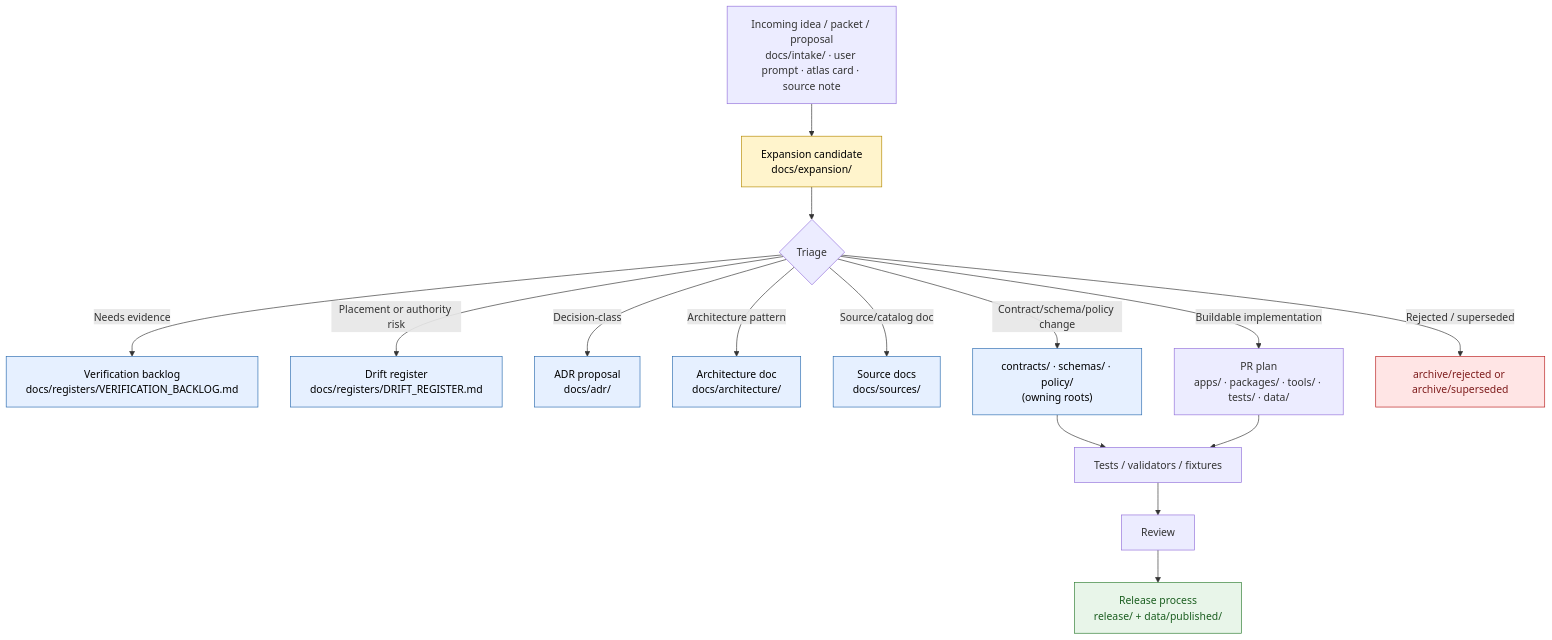
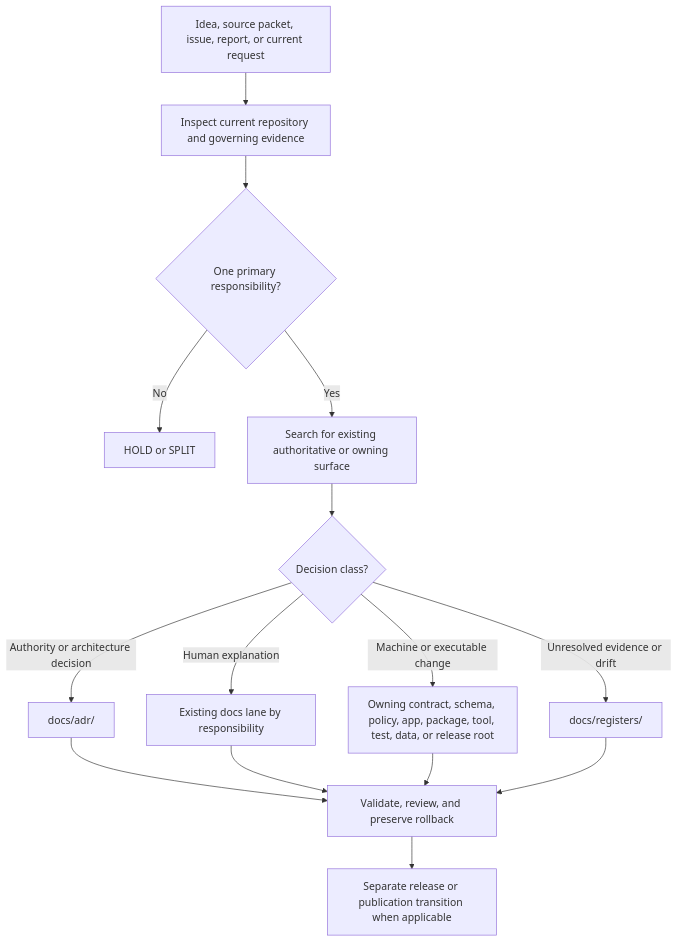
One commit to bartytime4life/Kansas-Frontier-Matrix changed the diagram in docs/expansion/README.md. Above: the diagram before and after it, drawn with Mermaid. The commit also changed other lines of this file, not shown here.

Commit message:
docs(expansion): reconcile README with current routing evidence

````diff
--- a/docs/expansion/README.md
+++ b/docs/expansion/README.md
@@ -231,29 +303,17 @@
 ```mermaid
 flowchart TD
-    A["Incoming idea / packet / proposal<br/>docs/intake/ · user prompt · atlas card · source note"] --> B["Expansion candidate<br/>docs/expansion/"]
-    B --> C{"Triage"}
-
-    C -->|"Needs evidence"| V["Verification backlog<br/>docs/registers/VERIFICATION_BACKLOG.md"]
-    C -->|"Placement or authority risk"| D["Drift register<br/>docs/registers/DRIFT_REGISTER.md"]
-    C -->|"Decision-class"| ADR["ADR proposal<br/>docs/adr/"]
-    C -->|"Architecture pattern"| ARCH["Architecture doc<br/>docs/architecture/"]
-    C -->|"Source/catalog doc"| SRC["Source docs<br/>docs/sources/"]
-    C -->|"Contract/schema/policy change"| GOV["contracts/ · schemas/ · policy/<br/>(owning roots)"]
-    C -->|"Buildable implementation"| PR["PR plan<br/>apps/ · packages/ · tools/ · tests/ · data/"]
-    C -->|"Rejected / superseded"| X["archive/rejected or archive/superseded"]
-
-    GOV --> T["Tests / validators / fixtures"]
-    PR --> T
-    T --> R["Review"]
-    R --> REL["Release process<br/>release/ + data/published/"]
-
-    classDef proposal fill:#fff4cc,stroke:#b58a00,color:#000
-    classDef authority fill:#e6f0ff,stroke:#2b6cb0,color:#000
-    classDef stop fill:#ffe5e5,stroke:#b91c1c,color:#7f1d1d
-    classDef release fill:#e8f5e9,stroke:#2e7d32,color:#1b5e20
-
-    class B proposal
-    class ADR,ARCH,SRC,GOV,V,D authority
-    class X stop
-    class REL release
+    A["Idea, source packet, issue, report, or current request"] --> B["Inspect current repository and governing evidence"]
+    B --> C{"One primary responsibility?"}
+    C -->|"No"| H["HOLD or SPLIT"]
+    C -->|"Yes"| D["Search for existing authoritative or owning surface"]
+    D --> E{"Decision class?"}
+    E -->|"Authority or architecture decision"| ADR["docs/adr/"]
+    E -->|"Human explanation"| DOC["Existing docs lane by responsibility"]
+    E -->|"Machine or executable change"| IMPL["Owning contract, schema, policy, app, package, tool, test, data, or release root"]
+    E -->|"Unresolved evidence or drift"| REG["docs/registers/"]
+    ADR --> V["Validate, review, and preserve rollback"]
+    DOC --> V
+    IMPL --> V
+    REG --> V
+    V --> R["Separate release or publication transition when applicable"]
 ```
````
